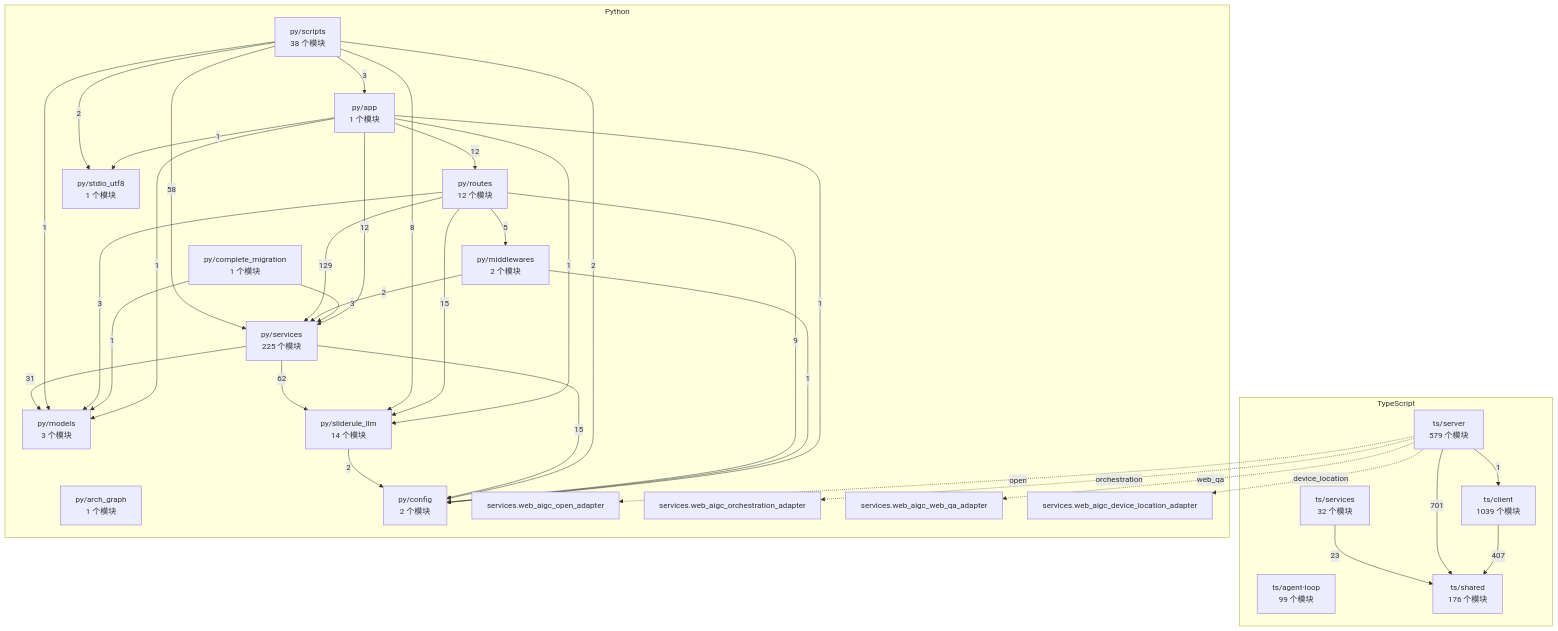
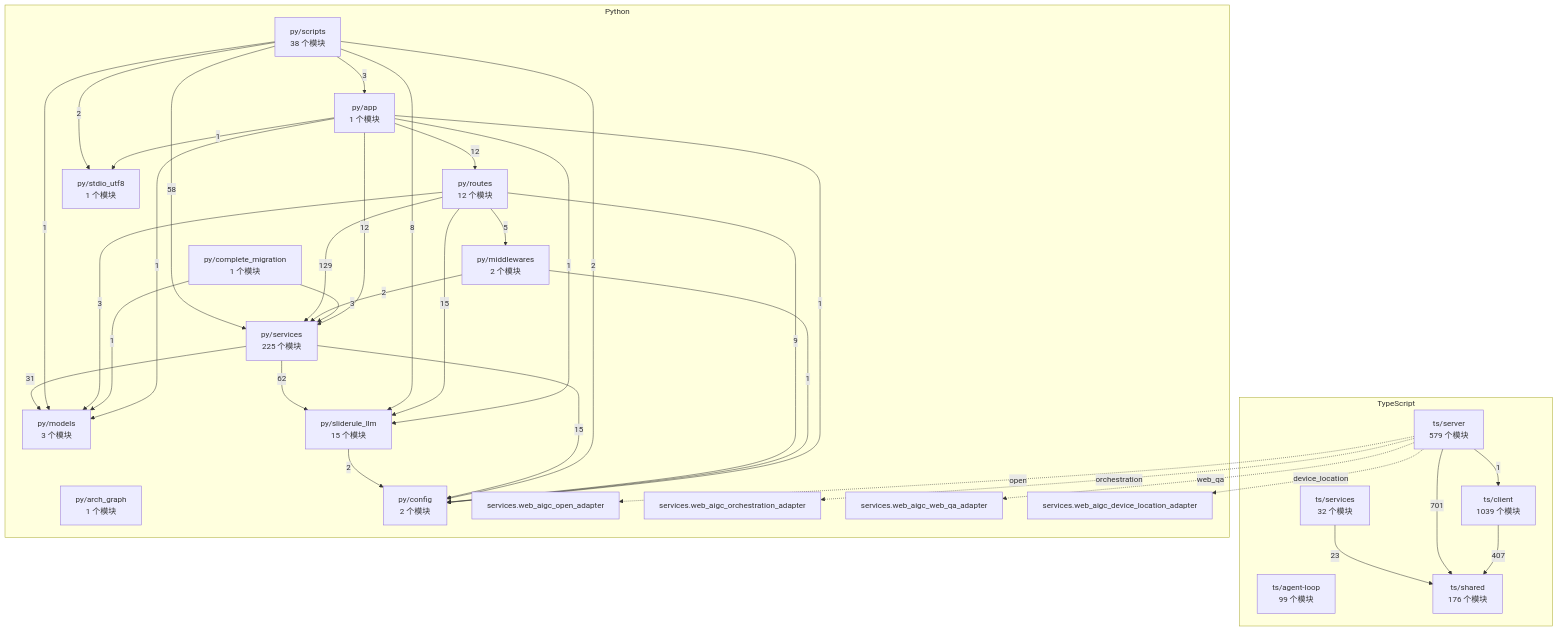
Before and after one commit to 2686521696/WhyBuddy: the diagram in docs/WhyBuddy 全仓架构图（自动生成）.md, drawn with Mermaid. The commit also changed 4 other files, not shown here.

````diff
--- a/docs/WhyBuddy 全仓架构图（自动生成）.md
+++ b/docs/WhyBuddy 全仓架构图（自动生成）.md
@@ -14,60 +14,60 @@
 ```mermaid
 flowchart TB
   subgraph ts [TypeScript]
     ts_agent_loop["ts/agent-loop<br/>99 个模块"]
     ts_client["ts/client<br/>1039 个模块"]
     ts_server["ts/server<br/>579 个模块"]
     ts_services["ts/services<br/>32 个模块"]
     ts_shared["ts/shared<br/>176 个模块"]
   end
   subgraph py [Python]
     py_app["py/app<br/>1 个模块"]
     py_arch_graph["py/arch_graph<br/>1 个模块"]
     py_complete_migration["py/complete_migration<br/>1 个模块"]
     py_config["py/config<br/>2 个模块"]
     py_middlewares["py/middlewares<br/>2 个模块"]
     py_models["py/models<br/>3 个模块"]
     py_routes["py/routes<br/>12 个模块"]
     py_scripts["py/scripts<br/>38 个模块"]
     py_services["py/services<br/>225 个模块"]
-    py_sliderule_llm["py/sliderule_llm<br/>14 个模块"]
+    py_sliderule_llm["py/sliderule_llm<br/>15 个模块"]
     py_stdio_utf8["py/stdio_utf8<br/>1 个模块"]
     py_services_web_aigc_open_adapter["services.web_aigc_open_adapter"]
     py_services_web_aigc_orchestration_adapter["services.web_aigc_orchestration_adapter"]
     py_services_web_aigc_web_qa_adapter["services.web_aigc_web_qa_adapter"]
     py_services_web_aigc_device_location_adapter["services.web_aigc_device_location_adapter"]
   end
   ts_client -->|407| ts_shared
   ts_server -->|1| ts_client
   ts_server -->|701| ts_shared
   ts_services -->|23| ts_shared
   py_app -->|1| py_config
   py_app -->|1| py_models
   py_app -->|12| py_routes
   py_app -->|12| py_services
   py_app -->|1| py_sliderule_llm
   py_app -->|1| py_stdio_utf8
   py_complete_migration -->|1| py_models
   py_complete_migration -->|3| py_services
   py_middlewares -->|1| py_config
   py_middlewares -->|2| py_services
   py_routes -->|9| py_config
   py_routes -->|5| py_middlewares
   py_routes -->|3| py_models
   py_routes -->|129| py_services
   py_routes -->|15| py_sliderule_llm
   py_scripts -->|3| py_app
   py_scripts -->|2| py_config
   py_scripts -->|1| py_models
   py_scripts -->|58| py_services
   py_scripts -->|8| py_sliderule_llm
   py_scripts -->|2| py_stdio_utf8
   py_services -->|15| py_config
   py_services -->|31| py_models
   py_services -->|62| py_sliderule_llm
   py_sliderule_llm -->|2| py_config
   ts_server -.->|open| py_services_web_aigc_open_adapter
   ts_server -.->|orchestration| py_services_web_aigc_orchestration_adapter
   ts_server -.->|web_qa| py_services_web_aigc_web_qa_adapter
   ts_server -.->|device_location| py_services_web_aigc_device_location_adapter
 ```
````
